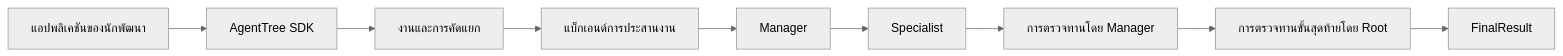
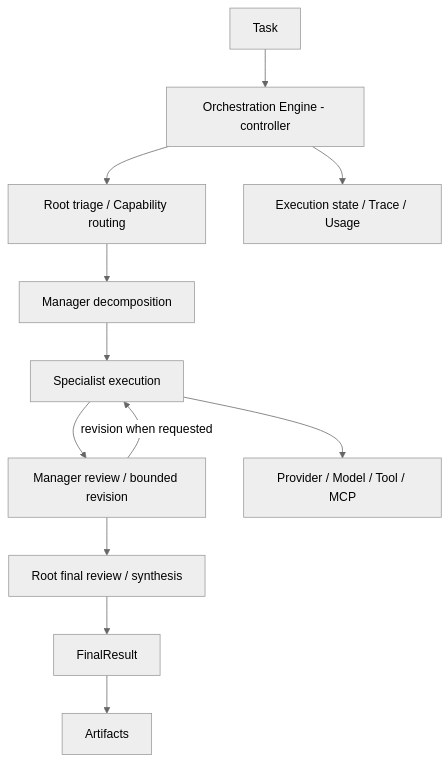
Before and after one commit to FlukeNoppanan/Agenttree: the diagram in README.md, drawn with Mermaid (neutral theme). The commit also changed other lines of this file, not shown here.

````diff
--- a/README.md
+++ b/README.md
@@ -88,11 +19,14 @@
 ```mermaid
-flowchart LR
-    App[แอปพลิเคชันของนักพัฒนา] --> SDK[AgentTree SDK]
-    SDK --> Triage[งานและการคัดแยก]
-    Triage --> Backend[แบ็กเอนด์การประสานงาน]
-    Backend --> Manager[Manager]
-    Manager --> Specialist[Specialist]
-    Specialist --> MReview[การตรวจทานโดย Manager]
-    MReview --> FReview[การตรวจทานขั้นสุดท้ายโดย Root]
-    FReview --> Result[FinalResult]
+flowchart TD
+    Task[Task] --> Engine[Orchestration Engine - controller]
+    Engine --> Triage[Root triage / Capability routing]
+    Triage --> Manager[Manager decomposition]
+    Manager --> Specialist[Specialist execution]
+    Specialist --> Review[Manager review / bounded revision]
+    Review --> Final[Root final review / synthesis]
+    Final --> Result[FinalResult]
+    Review -->|revision when requested| Specialist
+    Engine --> State[Execution state / Trace / Usage]
+    Specialist --> Bindings[Provider / Model / Tool / MCP]
+    Result --> Artifact[Artifacts]
 ```
````
